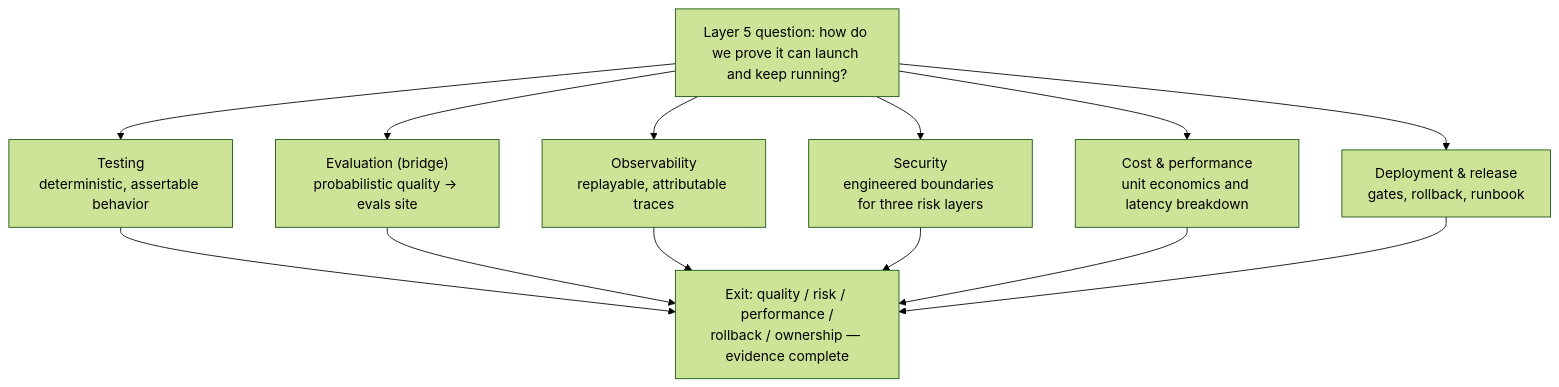
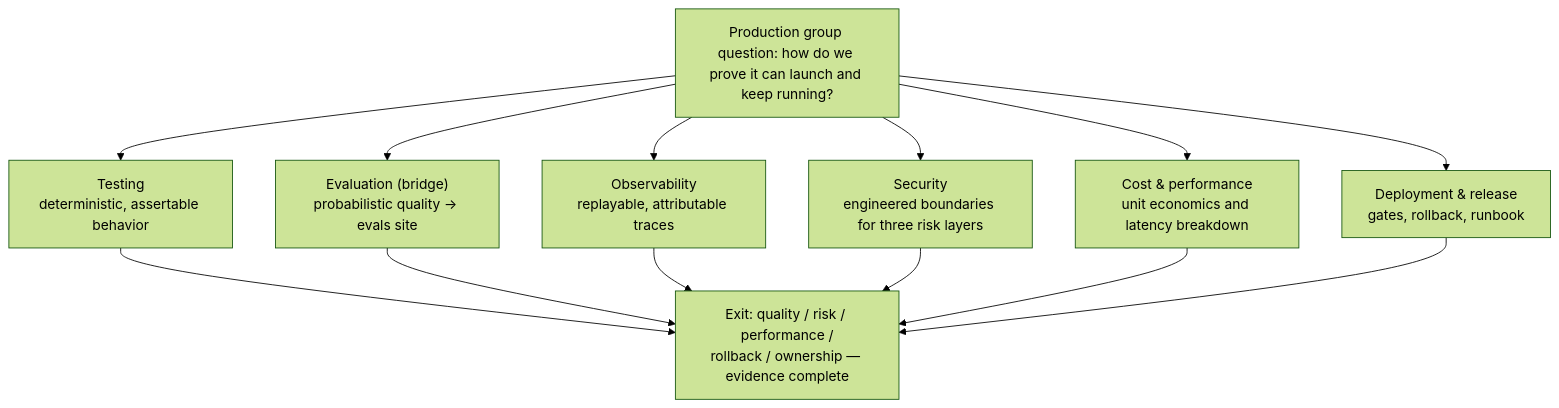
One commit to zenHeart/learn-ai changed the diagram in docs/tech/08-production/index.md. Above: the diagram before and after it, drawn with Mermaid (forest theme). The commit also changed other lines of this file and 67 other files, not shown here.

````diff
--- a/docs/tech/08-production/index.md
+++ b/docs/tech/08-production/index.md
@@ -30,11 +30,11 @@
 ```mermaid
 flowchart TB
-    Q["Layer 5 question: how do we prove it can launch and keep running?"]
+    Q["Production group question: how do we prove it can launch and keep running?"]
     Q --> T["Testing<br/>deterministic, assertable behavior"]
     Q --> E["Evaluation (bridge)<br/>probabilistic quality → evals site"]
     Q --> O["Observability<br/>replayable, attributable traces"]
     Q --> S["Security<br/>engineered boundaries for three risk layers"]
     Q --> C["Cost & performance<br/>unit economics and latency breakdown"]
     Q --> D["Deployment & release<br/>gates, rollback, runbook"]
     T & E & O & S & C & D --> X["Exit: quality / risk / performance /<br/>rollback / ownership — evidence complete"]
 ```
````
